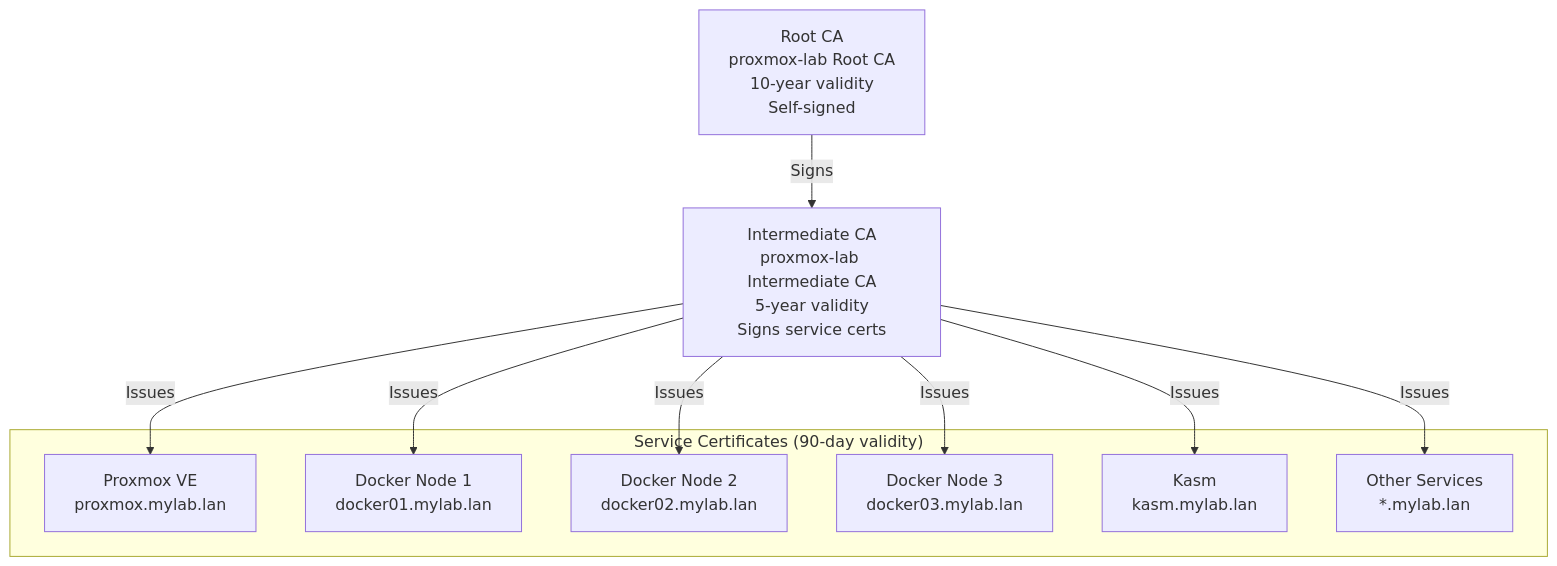
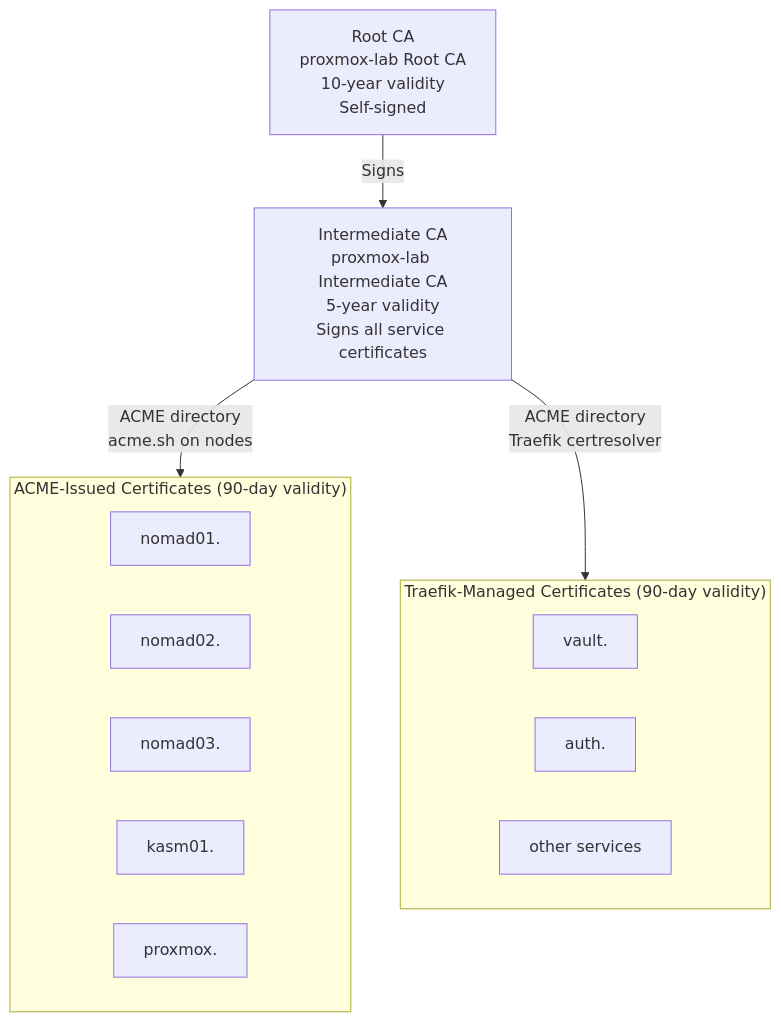
One commit to jknyght9/proxmox-lab changed the first of 4 diagrams in docs/architecture/certificate-chain.md. Above: the diagram before and after it, drawn with Mermaid. The commit also changed other lines of this file and 33 other files, not shown here.

First line of the commit message:
Rewrite documentation to reflect current Nomad-based architecture

````diff
--- a/docs/architecture/certificate-chain.md
+++ b/docs/architecture/certificate-chain.md
@@ -9,23 +9,26 @@
 ```mermaid
 graph TD
-    ROOT[Root CA<br/>proxmox-lab Root CA<br/>10-year validity<br/>Self-signed]
+    ROOT["Root CA<br/>proxmox-lab Root CA<br/>10-year validity<br/>Self-signed"]
 
-    INT[Intermediate CA<br/>proxmox-lab Intermediate CA<br/>5-year validity<br/>Signs service certs]
+    INT["Intermediate CA<br/>proxmox-lab Intermediate CA<br/>5-year validity<br/>Signs all service certificates"]
 
-    subgraph certs["Service Certificates (90-day validity)"]
-        PROXMOX[Proxmox VE<br/>proxmox.mylab.lan]
-        DOCKER1[Docker Node 1<br/>docker01.mylab.lan]
-        DOCKER2[Docker Node 2<br/>docker02.mylab.lan]
-        DOCKER3[Docker Node 3<br/>docker03.mylab.lan]
-        KASM_CERT[Kasm<br/>kasm.mylab.lan]
-        OTHER[Other Services<br/>*.mylab.lan]
+    subgraph acme_clients["ACME-Issued Certificates (90-day validity)"]
+        direction LR
+        NOMAD1["nomad01.<domain>"]
+        NOMAD2["nomad02.<domain>"]
+        NOMAD3["nomad03.<domain>"]
+        KASM_CERT["kasm01.<domain>"]
+        PROXMOX_CERT["proxmox.<domain>"]
+    end
+
+    subgraph traefik_certs["Traefik-Managed Certificates (90-day validity)"]
+        direction LR
+        VAULT_CERT["vault.<domain>"]
+        AUTH_CERT["auth.<domain>"]
+        OTHER_CERT["other services"]
     end
 
     ROOT -->|Signs| INT
-    INT -->|Issues| PROXMOX
-    INT -->|Issues| DOCKER1
-    INT -->|Issues| DOCKER2
-    INT -->|Issues| DOCKER3
-    INT -->|Issues| KASM_CERT
-    INT -->|Issues| OTHER
+    INT -->|"ACME directory<br/>acme.sh on nodes"| acme_clients
+    INT -->|"ACME directory<br/>Traefik certresolver"| traefik_certs
 ```
````
